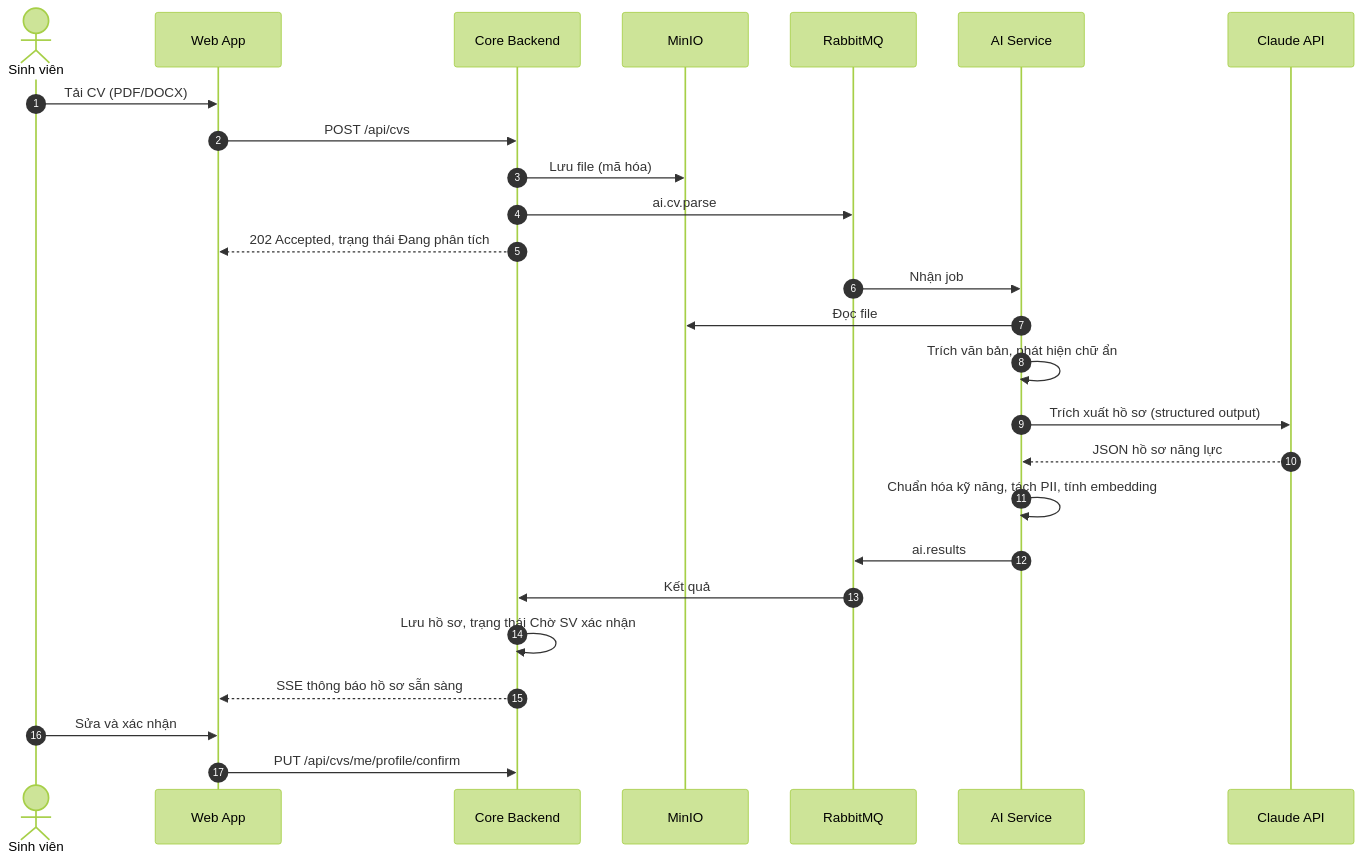
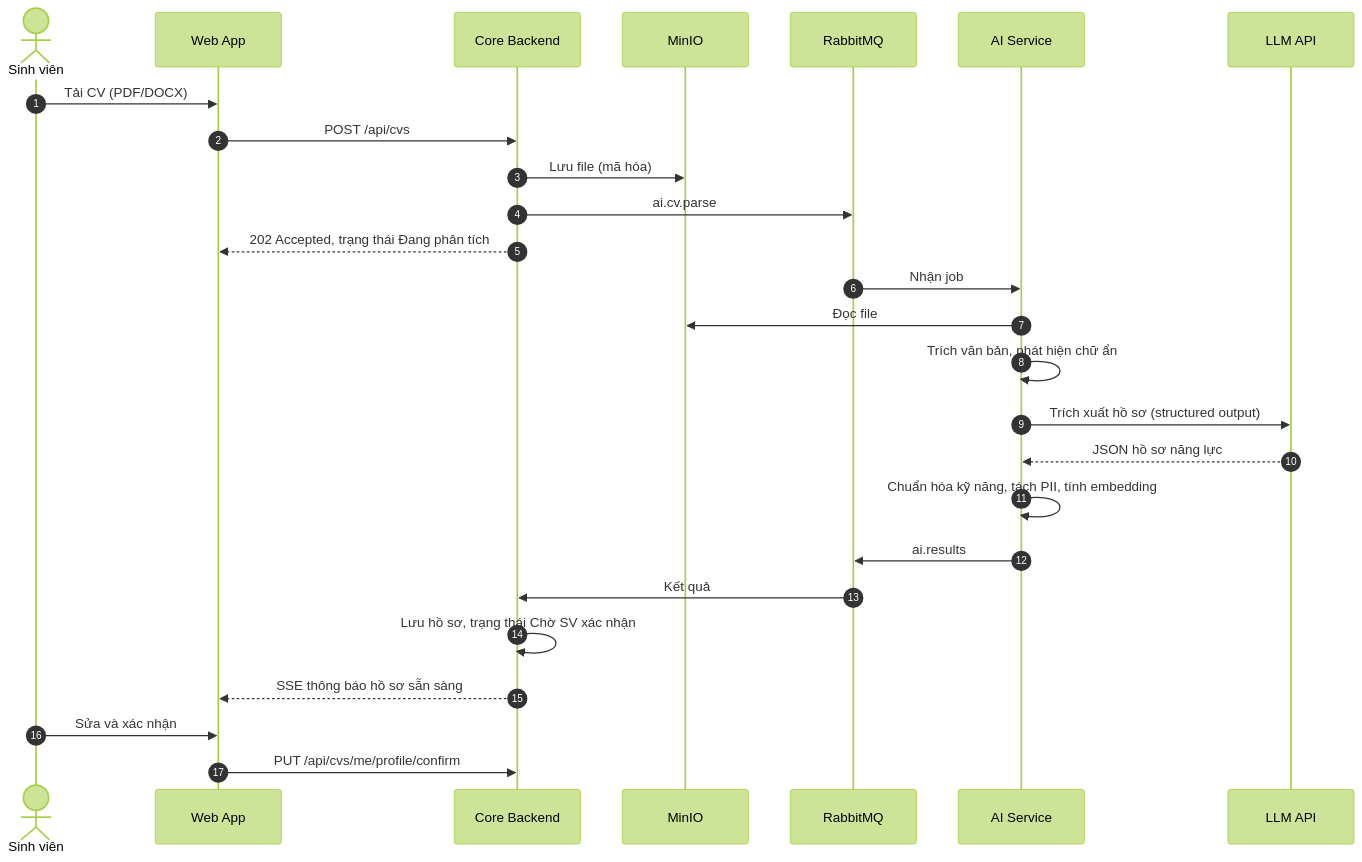
One commit to PDTnhah/Smart-Recruit-Match changed the second of 4 diagrams in docs/ARCHITECTURE.md. Above: the diagram before and after it, drawn with Mermaid (forest theme). The commit also changed other lines of this file and 17 other files, not shown here.

````diff
--- a/docs/ARCHITECTURE.md
+++ b/docs/ARCHITECTURE.md
@@ -545,28 +558,28 @@
 ```mermaid
 sequenceDiagram
     autonumber
     actor SV as Sinh viên
     participant FE as Web App
     participant BE as Core Backend
     participant S3 as MinIO
     participant MQ as RabbitMQ
     participant AI as AI Service
-    participant LLM as Claude API
+    participant LLM as LLM API
     SV->>FE: Tải CV (PDF/DOCX)
     FE->>BE: POST /api/cvs
     BE->>S3: Lưu file (mã hóa)
     BE->>MQ: ai.cv.parse
     BE-->>FE: 202 Accepted, trạng thái Đang phân tích
     MQ->>AI: Nhận job
     AI->>S3: Đọc file
     AI->>AI: Trích văn bản, phát hiện chữ ẩn
     AI->>LLM: Trích xuất hồ sơ (structured output)
     LLM-->>AI: JSON hồ sơ năng lực
     AI->>AI: Chuẩn hóa kỹ năng, tách PII, tính embedding
     AI->>MQ: ai.results
     MQ->>BE: Kết quả
     BE->>BE: Lưu hồ sơ, trạng thái Chờ SV xác nhận
     BE-->>FE: SSE thông báo hồ sơ sẵn sàng
     SV->>FE: Sửa và xác nhận
     FE->>BE: PUT /api/cvs/me/profile/confirm
 ```
````
